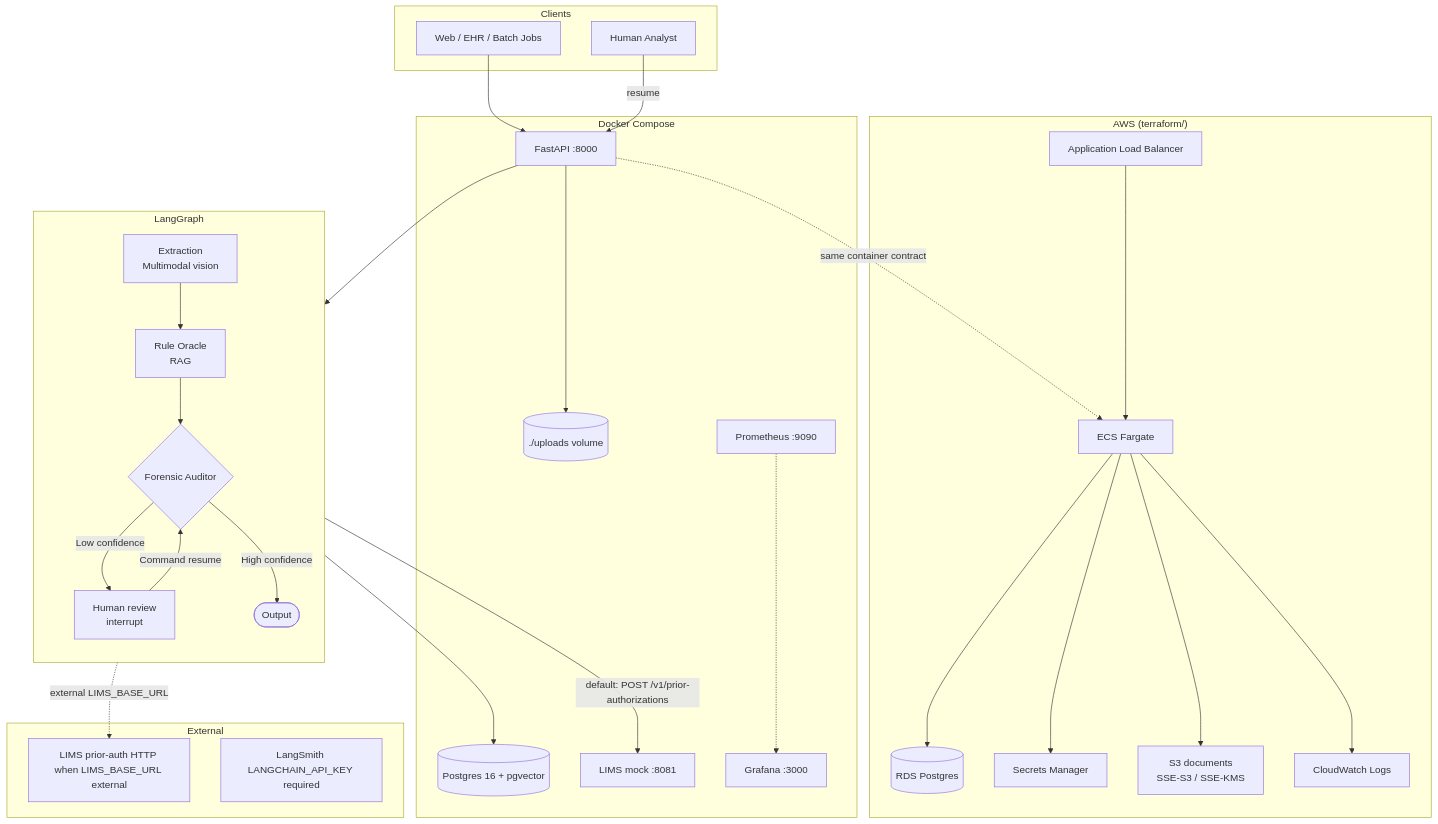
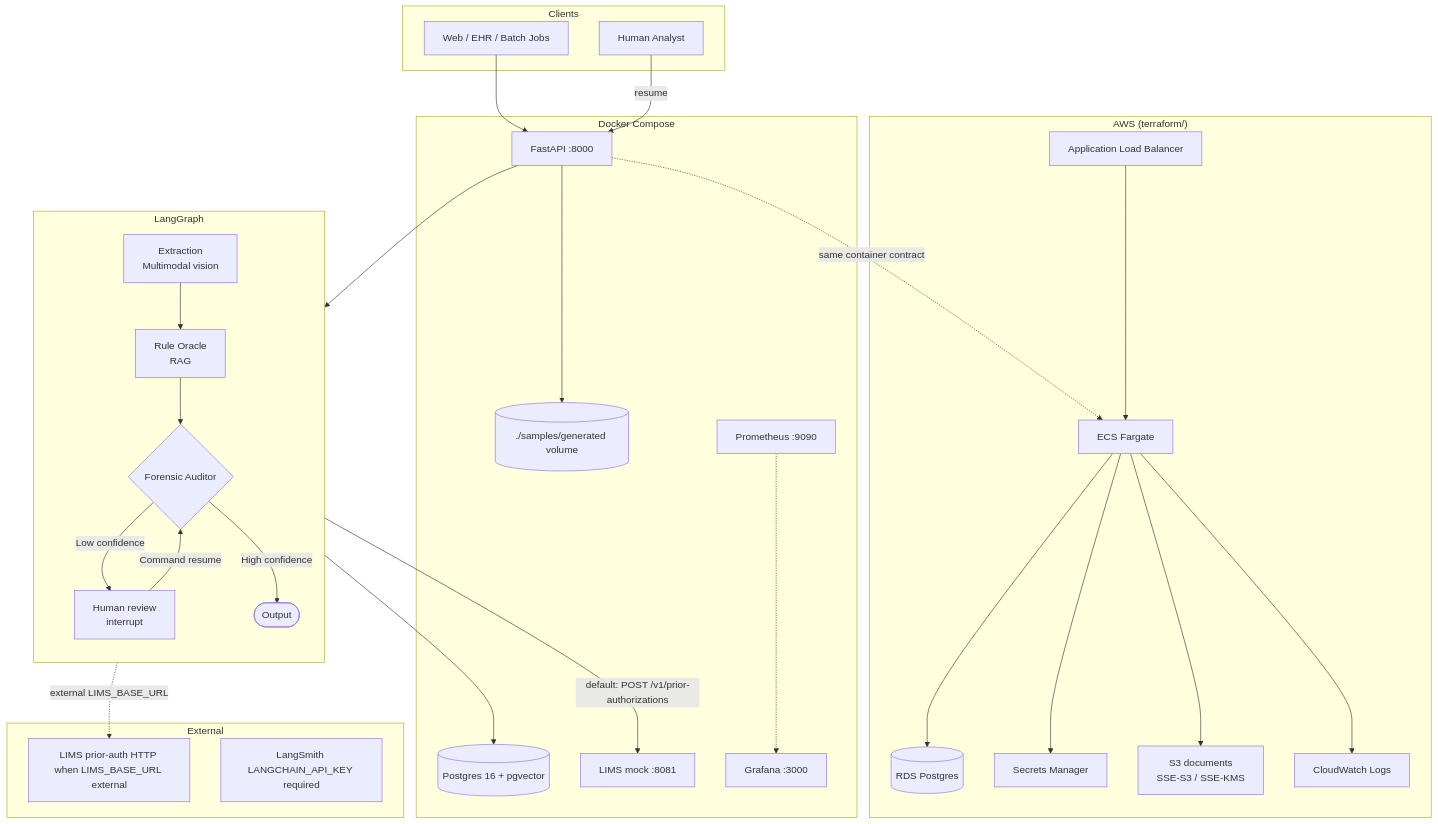
One commit to pvenkata-tech/the-rcm-guardian changed the first of 2 diagrams in README.md. Above: the diagram before and after it, drawn with Mermaid. The commit also changed other lines of this file and 13 other files, not shown here.

First line of the commit message:
refactor: consolidate tooling under samples/, artifact mount samples/generated

````diff
--- a/README.md
+++ b/README.md
@@ -98,60 +107,60 @@
 ```mermaid
 flowchart TB
     subgraph Clients
         UI[Web / EHR / Batch Jobs]
         Analyst[Human Analyst]
     end
 
     subgraph AWS["AWS (terraform/)"]
         ECS[ECS Fargate]
         ALB[Application Load Balancer]
         RDS[(RDS Postgres)]
         SM[Secrets Manager]
         S3[S3 documents<br/>SSE-S3 / SSE-KMS]
         CW[CloudWatch Logs]
         ALB --> ECS
         ECS --> RDS
         ECS --> SM
         ECS --> S3
         ECS --> CW
     end
 
     subgraph Ext["External"]
         LIMS_API[LIMS prior-auth HTTP when LIMS_BASE_URL external]
         LS[LangSmith LANGCHAIN_API_KEY required]
     end
 
     subgraph Docker_Local["Docker Compose"]
         API[FastAPI :8000]
         PG[(Postgres 16 + pgvector)]
         LIMSM[LIMS mock :8081]
-        VOL[(./uploads volume)]
+        VOL[(./samples/generated volume)]
         PRO[Prometheus :9090]
         GRA[Grafana :3000]
     end
 
     PRO -.-> GRA
 
     subgraph Orchestration["LangGraph"]
         direction TB
         EX[Extraction<br/>Multimodal vision]
         RO[Rule Oracle<br/>RAG]
         FA{Forensic Auditor}
         HITL[Human review<br/>interrupt]
         OUT([Output])
         EX --> RO
         RO --> FA
         FA -->|Low confidence| HITL
         HITL -->|Command resume| FA
         FA -->|High confidence| OUT
     end
 
     UI --> API
     Analyst -->|resume| API
     API --> EX
     RO --> PG
     FA -->|default: POST /v1/prior-authorizations| LIMSM
     FA -.->|external LIMS_BASE_URL| LIMS_API
     API --> VOL
     API -.->|same container contract| ECS
 ```
````
